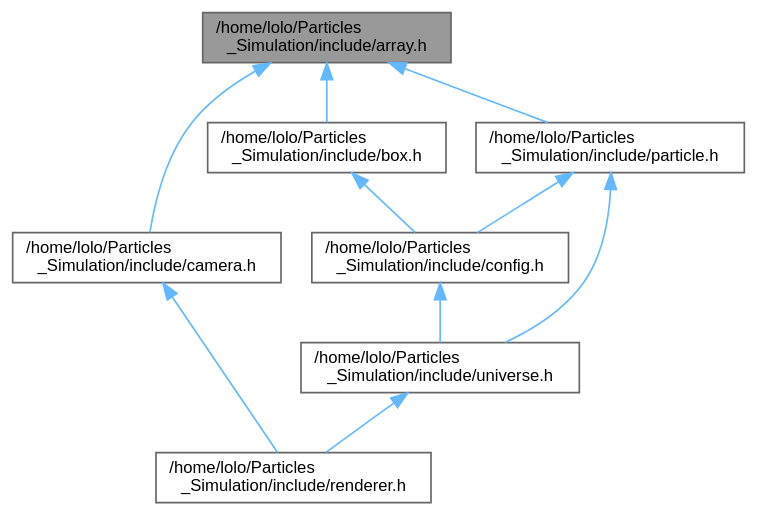
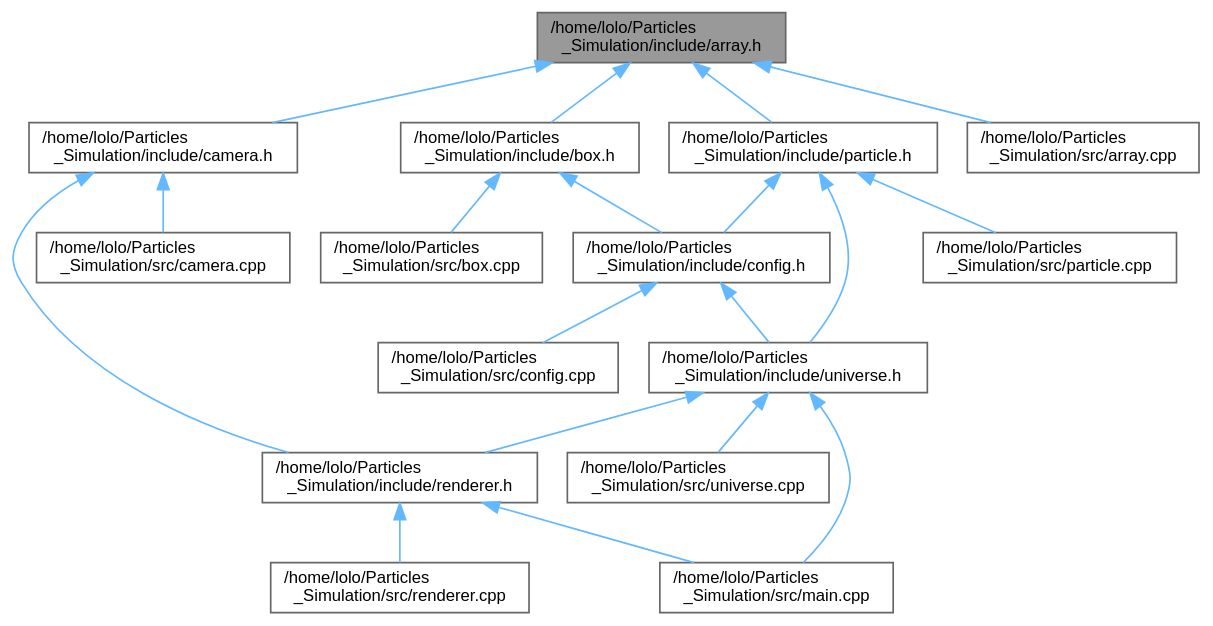
Before and after one commit to Kojittsu/Particles_Simulation: the diagram in docs/array_8h__dep__incl.dot, drawn with Graphviz. The commit also changed 136 other files, not shown here.

```diff
--- a/docs/array_8h__dep__incl.dot
+++ b/docs/array_8h__dep__incl.dot
@@ -1,23 +1,40 @@
 digraph "/home/lolo/Particles_Simulation/include/array.h"
 {
  // LATEX_PDF_SIZE
   bgcolor="transparent";
   edge [fontname=Helvetica,fontsize=10,labelfontname=Helvetica,labelfontsize=10];
   node [fontname=Helvetica,fontsize=10,shape=box,height=0.2,width=0.4];
   Node1 [id="Node000001",label="/home/lolo/Particles\l_Simulation/include/array.h",height=0.2,width=0.4,color="gray40", fillcolor="grey60", style="filled", fontcolor="black",tooltip=" "];
   Node1 -> Node2 [id="edge1_Node000001_Node000002",dir="back",color="steelblue1",style="solid",tooltip=" "];
   Node2 [id="Node000002",label="/home/lolo/Particles\l_Simulation/include/box.h",height=0.2,width=0.4,color="grey40", fillcolor="white", style="filled",URL="$box_8h.html",tooltip=" "];
   Node2 -> Node3 [id="edge2_Node000002_Node000003",dir="back",color="steelblue1",style="solid",tooltip=" "];
   Node3 [id="Node000003",label="/home/lolo/Particles\l_Simulation/include/config.h",height=0.2,width=0.4,color="grey40", fillcolor="white", style="filled",URL="$config_8h.html",tooltip=" "];
   Node3 -> Node4 [id="edge3_Node000003_Node000004",dir="back",color="steelblue1",style="solid",tooltip=" "];
   Node4 [id="Node000004",label="/home/lolo/Particles\l_Simulation/include/universe.h",height=0.2,width=0.4,color="grey40", fillcolor="white", style="filled",URL="$universe_8h.html",tooltip=" "];
   Node4 -> Node5 [id="edge4_Node000004_Node000005",dir="back",color="steelblue1",style="solid",tooltip=" "];
   Node5 [id="Node000005",label="/home/lolo/Particles\l_Simulation/include/renderer.h",height=0.2,width=0.4,color="grey40", fillcolor="white", style="filled",URL="$renderer_8h.html",tooltip=" "];
-  Node1 -> Node6 [id="edge5_Node000001_Node000006",dir="back",color="steelblue1",style="solid",tooltip=" "];
-  Node6 [id="Node000006",label="/home/lolo/Particles\l_Simulation/include/camera.h",height=0.2,width=0.4,color="grey40", fillcolor="white", style="filled",URL="$camera_8h.html",tooltip=" "];
-  Node6 -> Node5 [id="edge6_Node000006_Node000005",dir="back",color="steelblue1",style="solid",tooltip=" "];
-  Node1 -> Node7 [id="edge7_Node000001_Node000007",dir="back",color="steelblue1",style="solid",tooltip=" "];
-  Node7 [id="Node000007",label="/home/lolo/Particles\l_Simulation/include/particle.h",height=0.2,width=0.4,color="grey40", fillcolor="white", style="filled",URL="$particle_8h.html",tooltip=" "];
-  Node7 -> Node3 [id="edge8_Node000007_Node000003",dir="back",color="steelblue1",style="solid",tooltip=" "];
-  Node7 -> Node4 [id="edge9_Node000007_Node000004",dir="back",color="steelblue1",style="solid",tooltip=" "];
+  Node5 -> Node6 [id="edge5_Node000005_Node000006",dir="back",color="steelblue1",style="solid",tooltip=" "];
+  Node6 [id="Node000006",label="/home/lolo/Particles\l_Simulation/src/main.cpp",height=0.2,width=0.4,color="grey40", fillcolor="white", style="filled",URL="$main_8cpp.html",tooltip=" "];
+  Node5 -> Node7 [id="edge6_Node000005_Node000007",dir="back",color="steelblue1",style="solid",tooltip=" "];
+  Node7 [id="Node000007",label="/home/lolo/Particles\l_Simulation/src/renderer.cpp",height=0.2,width=0.4,color="grey40", fillcolor="white", style="filled",URL="$renderer_8cpp.html",tooltip=" "];
+  Node4 -> Node6 [id="edge7_Node000004_Node000006",dir="back",color="steelblue1",style="solid",tooltip=" "];
+  Node4 -> Node8 [id="edge8_Node000004_Node000008",dir="back",color="steelblue1",style="solid",tooltip=" "];
+  Node8 [id="Node000008",label="/home/lolo/Particles\l_Simulation/src/universe.cpp",height=0.2,width=0.4,color="grey40", fillcolor="white", style="filled",URL="$universe_8cpp.html",tooltip=" "];
+  Node3 -> Node9 [id="edge9_Node000003_Node000009",dir="back",color="steelblue1",style="solid",tooltip=" "];
+  Node9 [id="Node000009",label="/home/lolo/Particles\l_Simulation/src/config.cpp",height=0.2,width=0.4,color="grey40", fillcolor="white", style="filled",URL="$config_8cpp.html",tooltip=" "];
+  Node2 -> Node10 [id="edge10_Node000002_Node000010",dir="back",color="steelblue1",style="solid",tooltip=" "];
+  Node10 [id="Node000010",label="/home/lolo/Particles\l_Simulation/src/box.cpp",height=0.2,width=0.4,color="grey40", fillcolor="white", style="filled",URL="$box_8cpp.html",tooltip=" "];
+  Node1 -> Node11 [id="edge11_Node000001_Node000011",dir="back",color="steelblue1",style="solid",tooltip=" "];
+  Node11 [id="Node000011",label="/home/lolo/Particles\l_Simulation/include/camera.h",height=0.2,width=0.4,color="grey40", fillcolor="white", style="filled",URL="$camera_8h.html",tooltip=" "];
+  Node11 -> Node5 [id="edge12_Node000011_Node000005",dir="back",color="steelblue1",style="solid",tooltip=" "];
+  Node11 -> Node12 [id="edge13_Node000011_Node000012",dir="back",color="steelblue1",style="solid",tooltip=" "];
+  Node12 [id="Node000012",label="/home/lolo/Particles\l_Simulation/src/camera.cpp",height=0.2,width=0.4,color="grey40", fillcolor="white", style="filled",URL="$camera_8cpp.html",tooltip=" "];
+  Node1 -> Node13 [id="edge14_Node000001_Node000013",dir="back",color="steelblue1",style="solid",tooltip=" "];
+  Node13 [id="Node000013",label="/home/lolo/Particles\l_Simulation/include/particle.h",height=0.2,width=0.4,color="grey40", fillcolor="white", style="filled",URL="$particle_8h.html",tooltip=" "];
+  Node13 -> Node3 [id="edge15_Node000013_Node000003",dir="back",color="steelblue1",style="solid",tooltip=" "];
+  Node13 -> Node4 [id="edge16_Node000013_Node000004",dir="back",color="steelblue1",style="solid",tooltip=" "];
+  Node13 -> Node14 [id="edge17_Node000013_Node000014",dir="back",color="steelblue1",style="solid",tooltip=" "];
+  Node14 [id="Node000014",label="/home/lolo/Particles\l_Simulation/src/particle.cpp",height=0.2,width=0.4,color="grey40", fillcolor="white", style="filled",URL="$particle_8cpp.html",tooltip=" "];
+  Node1 -> Node15 [id="edge18_Node000001_Node000015",dir="back",color="steelblue1",style="solid",tooltip=" "];
+  Node15 [id="Node000015",label="/home/lolo/Particles\l_Simulation/src/array.cpp",height=0.2,width=0.4,color="grey40", fillcolor="white", style="filled",URL="$array_8cpp.html",tooltip=" "];
 }
```
